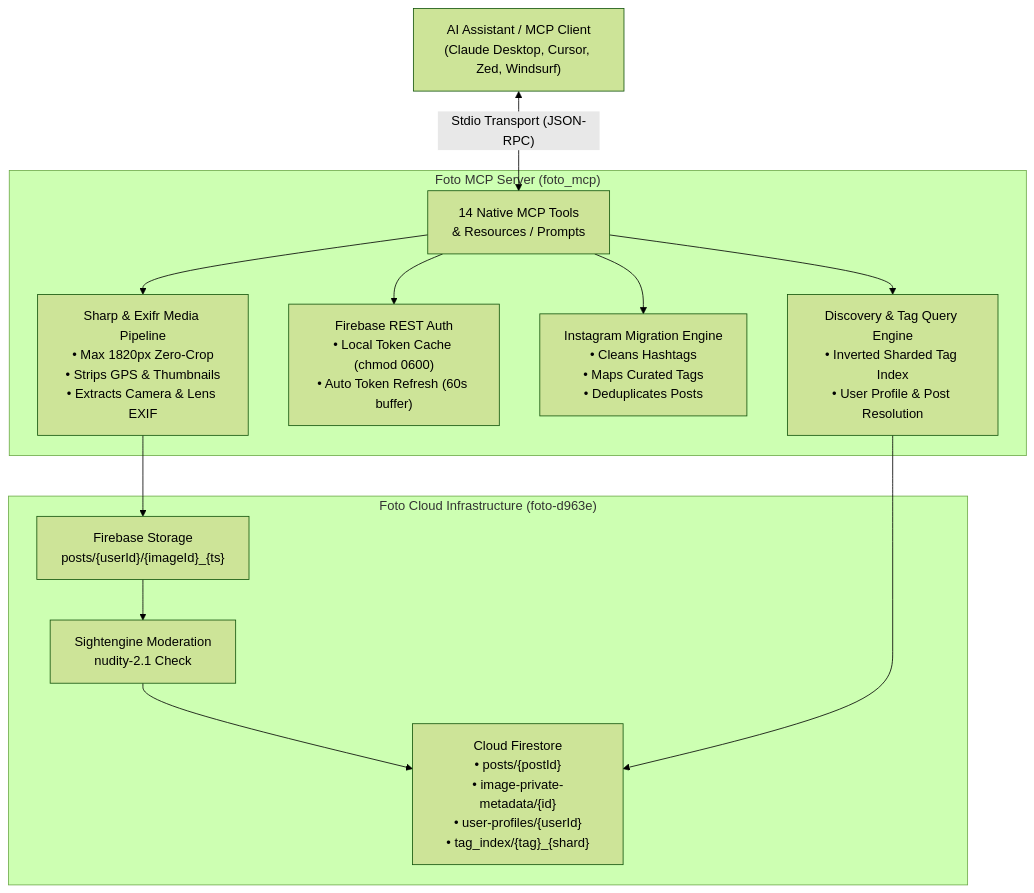
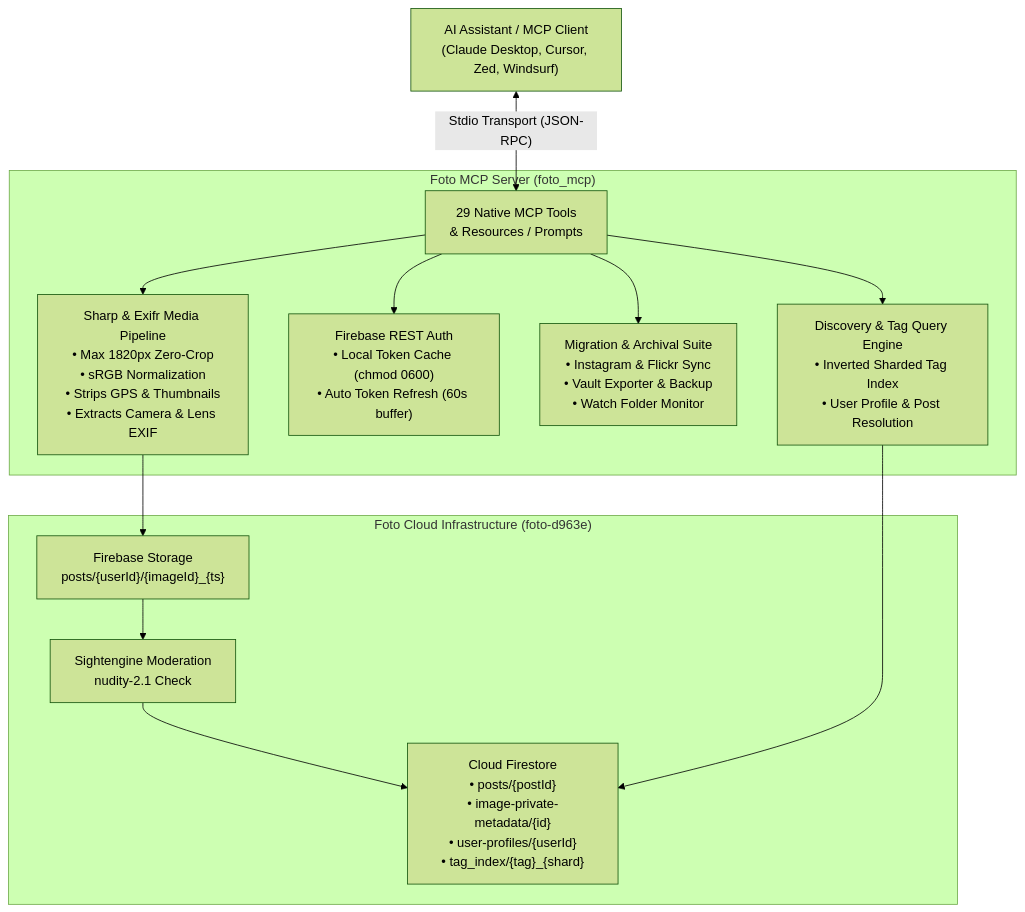
Before and after one commit to thesven/foto_mcp: the diagram in README.md, drawn with Mermaid (forest theme). The commit also changed other lines of this file and 11 other files, not shown here.

Commit message:
feat(v2.0.0): universal migration, vault backup downloader, studio watch folder, and SSE remote transport

````diff
--- a/README.md
+++ b/README.md
@@ -17,28 +17,28 @@
 ```mermaid
 flowchart TD
     Client["AI Assistant / MCP Client<br>(Claude Desktop, Cursor, Zed, Windsurf)"]
     
     subgraph Foto_MCP ["Foto MCP Server (foto_mcp)"]
-        Tools["14 Native MCP Tools<br>& Resources / Prompts"]
-        Proc["Sharp & Exifr Media Pipeline<br>• Max 1820px Zero-Crop<br>• Strips GPS & Thumbnails<br>• Extracts Camera & Lens EXIF"]
+        Tools["29 Native MCP Tools<br>& Resources / Prompts"]
+        Proc["Sharp & Exifr Media Pipeline<br>• Max 1820px Zero-Crop<br>• sRGB Normalization<br>• Strips GPS & Thumbnails<br>• Extracts Camera & Lens EXIF"]
         Auth["Firebase REST Auth<br>• Local Token Cache (chmod 0600)<br>• Auto Token Refresh (60s buffer)"]
-        Sync["Instagram Migration Engine<br>• Cleans Hashtags<br>• Maps Curated Tags<br>• Deduplicates Posts"]
+        Sync["Migration & Archival Suite<br>• Instagram & Flickr Sync<br>• Vault Exporter & Backup<br>• Watch Folder Monitor"]
         Discovery["Discovery & Tag Query Engine<br>• Inverted Sharded Tag Index<br>• User Profile & Post Resolution"]
     end
     
     subgraph Foto_Cloud ["Foto Cloud Infrastructure (foto-d963e)"]
         Storage["Firebase Storage<br>posts/{userId}/{imageId}_{ts}"]
         Sightengine["Sightengine Moderation<br>nudity-2.1 Check"]
         Firestore["Cloud Firestore<br>• posts/{postId}<br>• image-private-metadata/{id}<br>• user-profiles/{userId}<br>• tag_index/{tag}_{shard}"]
     end
 
     Client <-->|"Stdio Transport (JSON-RPC)"| Tools
     Tools --> Proc
     Tools --> Auth
     Tools --> Sync
     Tools --> Discovery
     Proc --> Storage
     Storage --> Sightengine
     Sightengine --> Firestore
     Discovery --> Firestore
 ```
````
